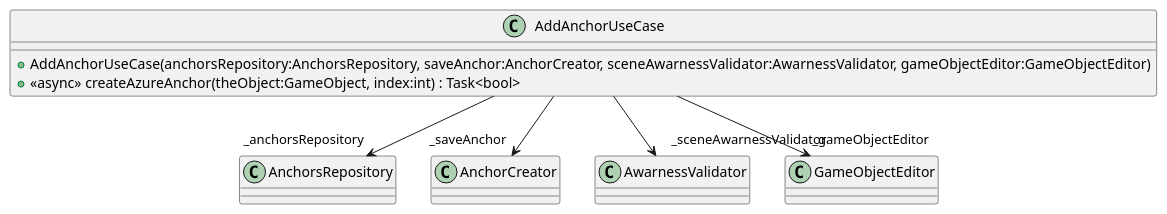
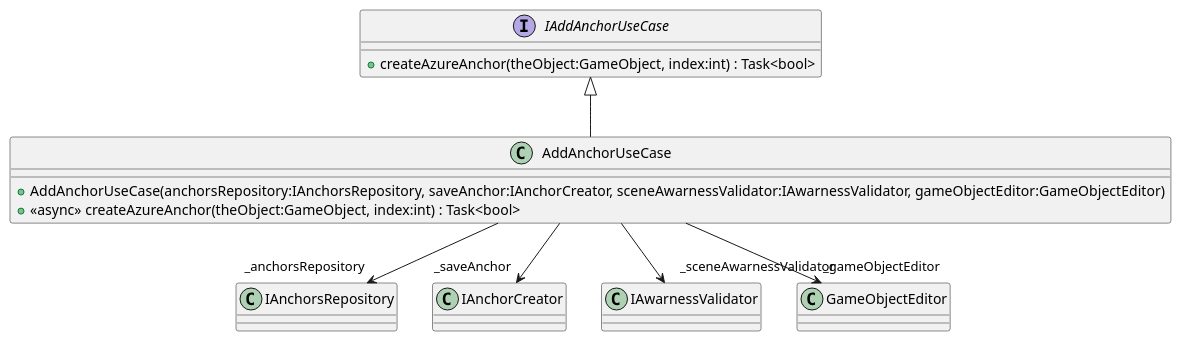
The diagram in UML/Assets/Scripts/AddAnchorUseCase.puml (DeNatur/ProductionFloorVisualization), drawn with PlantUML before and after one commit. The commit also changed 34 other files, not shown here.

Commit message:
Generate UML (Generate UML)

```diff
--- a/UML/Assets/Scripts/AddAnchorUseCase.puml
+++ b/UML/Assets/Scripts/AddAnchorUseCase.puml
@@ -1,10 +1,14 @@
 @startuml
+interface IAddAnchorUseCase {
+    + createAzureAnchor(theObject:GameObject, index:int) : Task<bool>
+}
 class AddAnchorUseCase {
-    + AddAnchorUseCase(anchorsRepository:AnchorsRepository, saveAnchor:AnchorCreator, sceneAwarnessValidator:AwarnessValidator, gameObjectEditor:GameObjectEditor)
+    + AddAnchorUseCase(anchorsRepository:IAnchorsRepository, saveAnchor:IAnchorCreator, sceneAwarnessValidator:IAwarnessValidator, gameObjectEditor:GameObjectEditor)
     + <<async>> createAzureAnchor(theObject:GameObject, index:int) : Task<bool>
 }
-AddAnchorUseCase --> "_anchorsRepository" AnchorsRepository
-AddAnchorUseCase --> "_saveAnchor" AnchorCreator
-AddAnchorUseCase --> "_sceneAwarnessValidator" AwarnessValidator
+IAddAnchorUseCase <|-- AddAnchorUseCase
+AddAnchorUseCase --> "_anchorsRepository" IAnchorsRepository
+AddAnchorUseCase --> "_saveAnchor" IAnchorCreator
+AddAnchorUseCase --> "_sceneAwarnessValidator" IAwarnessValidator
 AddAnchorUseCase --> "_gameObjectEditor" GameObjectEditor
 @enduml
```
